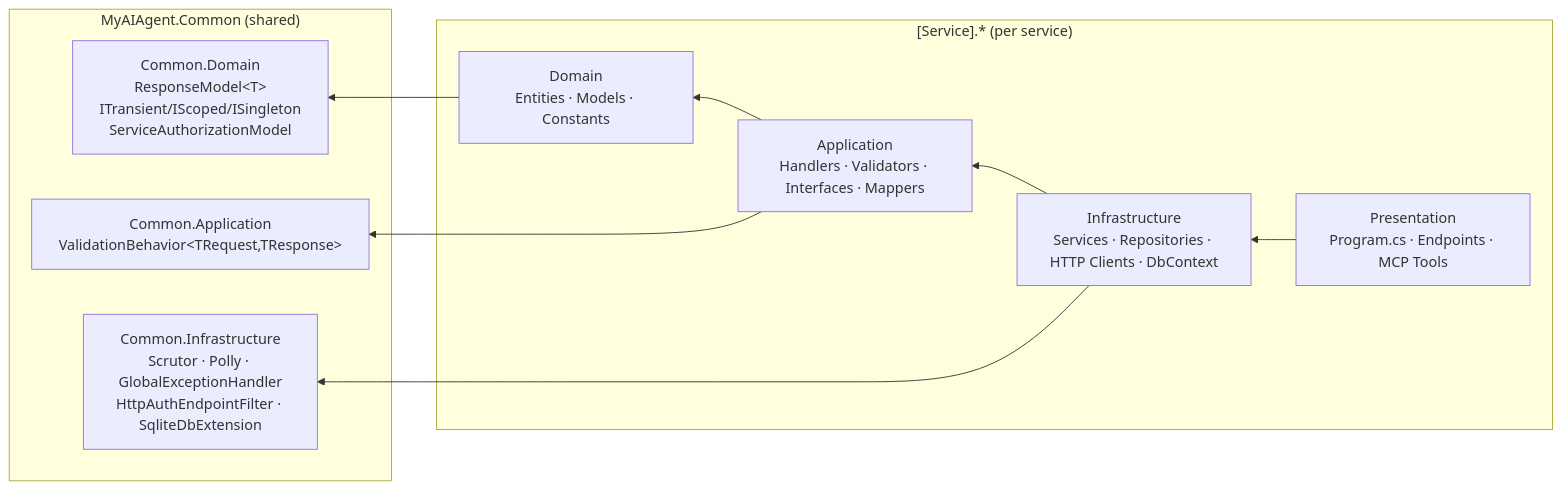
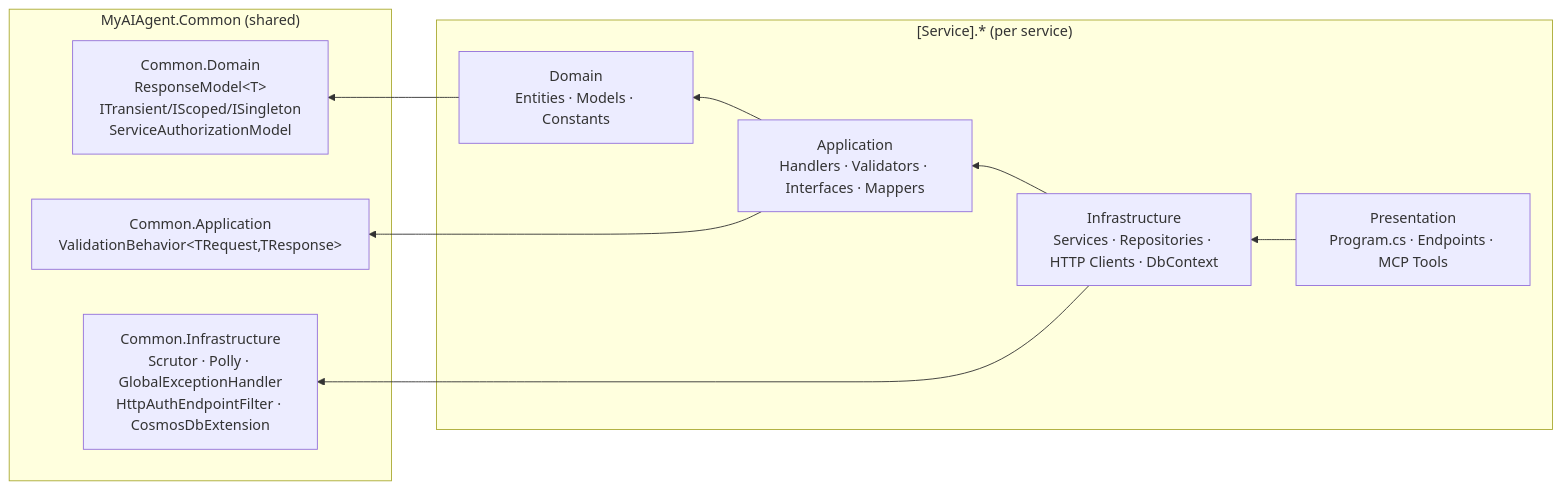
Before and after one commit to khuongpham1995/MyAIAgent: the second of 2 diagrams in README.md, drawn with Mermaid. The commit also changed other lines of this file and 242 other files, not shown here.

````diff
--- a/README.md
+++ b/README.md
@@ -67,20 +67,20 @@
 ```mermaid
 graph RL
     subgraph Common ["MyAIAgent.Common (shared)"]
         CD["Common.Domain<br/>ResponseModel&lt;T&gt;<br/>ITransient/IScoped/ISingleton<br/>ServiceAuthorizationModel"]
         CA["Common.Application<br/>ValidationBehavior&lt;TRequest,TResponse&gt;"]
-        CI["Common.Infrastructure<br/>Scrutor · Polly · GlobalExceptionHandler<br/>HttpAuthEndpointFilter · SqliteDbExtension"]
+        CI["Common.Infrastructure<br/>Scrutor · Polly · GlobalExceptionHandler<br/>HttpAuthEndpointFilter · CosmosDbExtension"]
     end
 
     subgraph Service ["[Service].* (per service)"]
         D["Domain<br/>Entities · Models · Constants"]
         A["Application<br/>Handlers · Validators · Interfaces · Mappers"]
         I["Infrastructure<br/>Services · Repositories · HTTP Clients · DbContext"]
         P["Presentation<br/>Program.cs · Endpoints · MCP Tools"]
     end
 
     P --> I --> A --> D
     D --> CD
     A --> CA
     I --> CI
 ```
````
